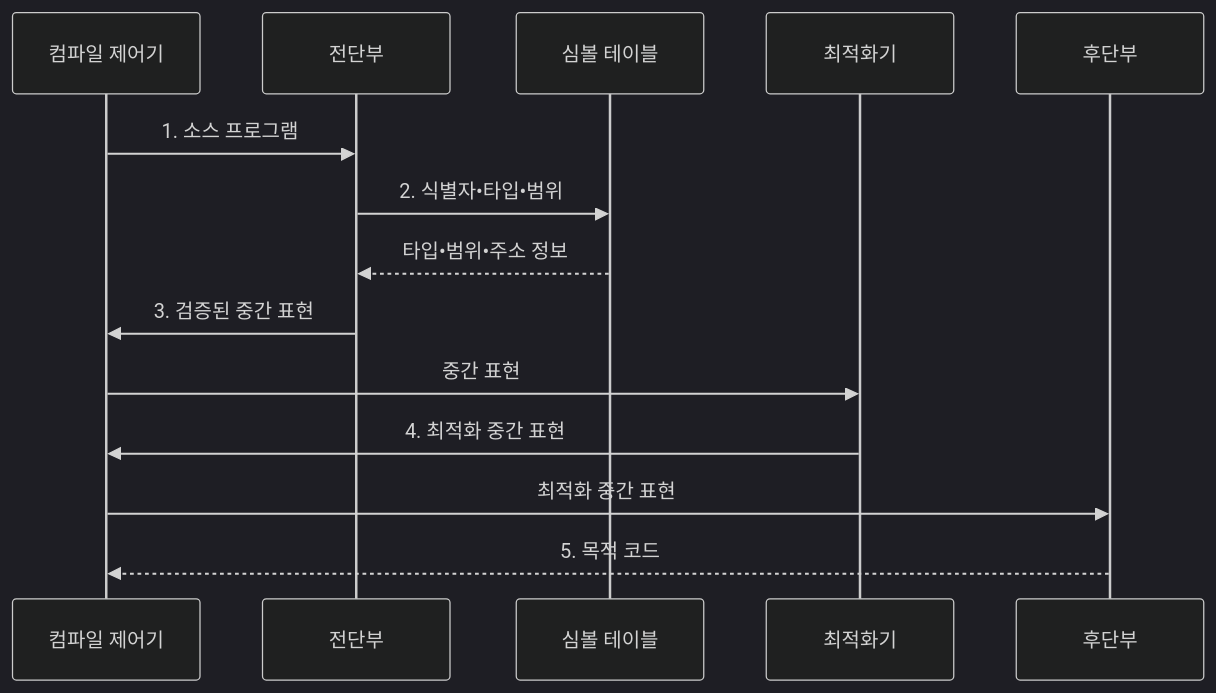
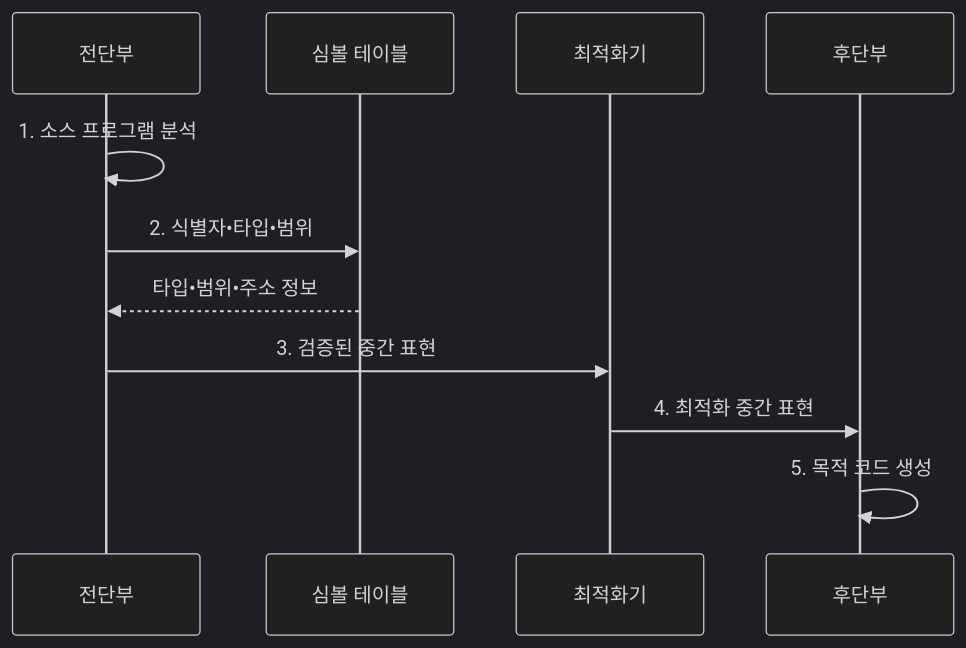
Before and after one commit to agnusdei1207/knowledge-base: the second of 2 diagrams in src/content/docs/notes/01-basic-theory/057_compiler_structure.md, drawn with Mermaid (dark theme). The commit also changed 3 other files, not shown here.

Commit message:
Streamline computation flow diagrams

````diff
--- a/src/content/docs/notes/01-basic-theory/057_compiler_structure.md
+++ b/src/content/docs/notes/01-basic-theory/057_compiler_structure.md
@@ -98,16 +98,13 @@
 ```mermaid
 sequenceDiagram
-    participant C as 컴파일 제어기
     participant FE as 전단부
     participant ST as 심볼 테이블
     participant O as 최적화기
     participant BE as 후단부
-    C->>FE: 1. 소스 프로그램
+    FE->>FE: 1. 소스 프로그램 분석
     FE->>ST: 2. 식별자•타입•범위
     ST-->>FE: 타입•범위•주소 정보
-    FE->>C: 3. 검증된 중간 표현
-    C->>O: 중간 표현
-    O->>C: 4. 최적화 중간 표현
-    C->>BE: 최적화 중간 표현
-    BE-->>C: 5. 목적 코드
+    FE->>O: 3. 검증된 중간 표현
+    O->>BE: 4. 최적화 중간 표현
+    BE->>BE: 5. 목적 코드 생성
 ```
````
